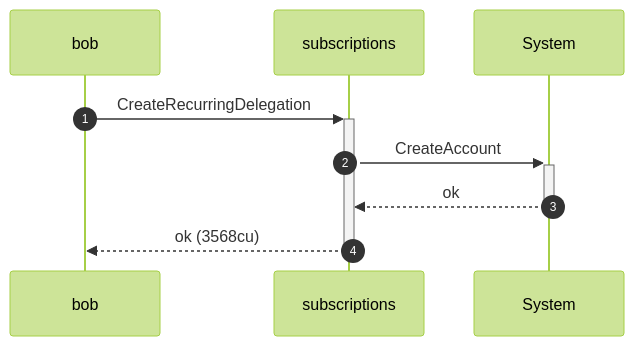
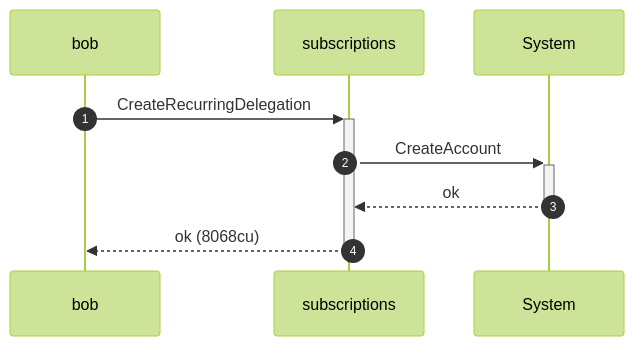
Diagram 14 of 16 in dsl_tests/recurring-transfer-delegator-mismatch-exploit-is-blocked.md (cds-rs/subscriptions), drawn with Mermaid (forest theme) before and after one commit. The commit also changed other lines of this file and 224 other files, not shown here.

````diff
--- a/dsl_tests/recurring-transfer-delegator-mismatch-exploit-is-blocked.md
+++ b/dsl_tests/recurring-transfer-delegator-mismatch-exploit-is-blocked.md
@@ -272,11 +286,11 @@
 ```mermaid
 sequenceDiagram
     autonumber
     participant bob
     participant subscriptions
     participant System
     bob ->>+ subscriptions: CreateRecurringDelegation
     subscriptions ->>+ System: CreateAccount
     System -->>- subscriptions: ok
-    subscriptions -->>- bob: ok (3568cu)
+    subscriptions -->>- bob: ok (8068cu)
 ```
````
